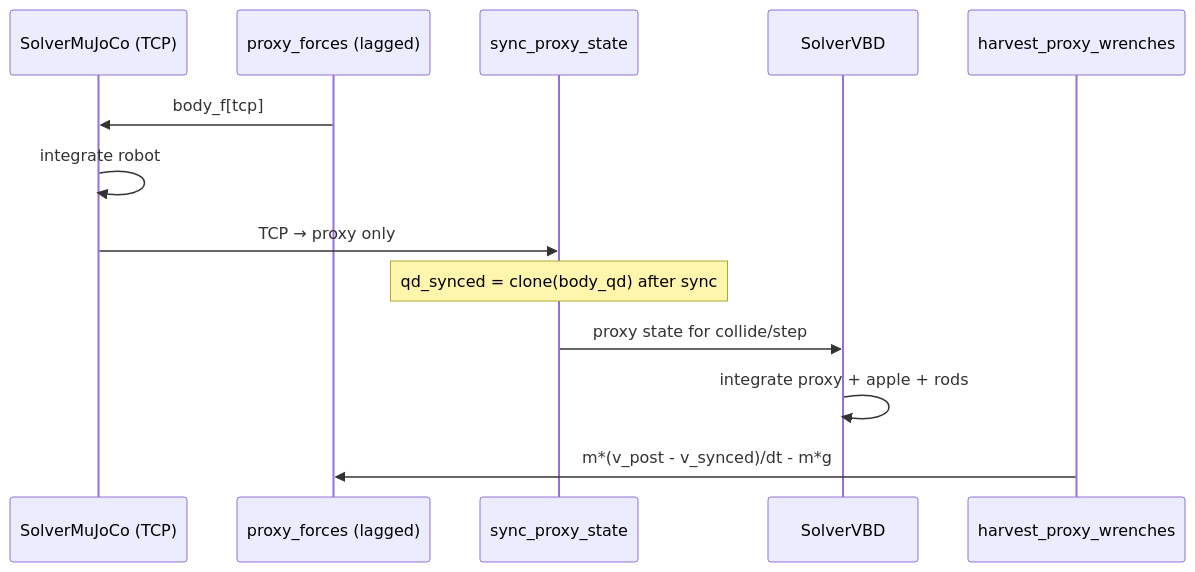
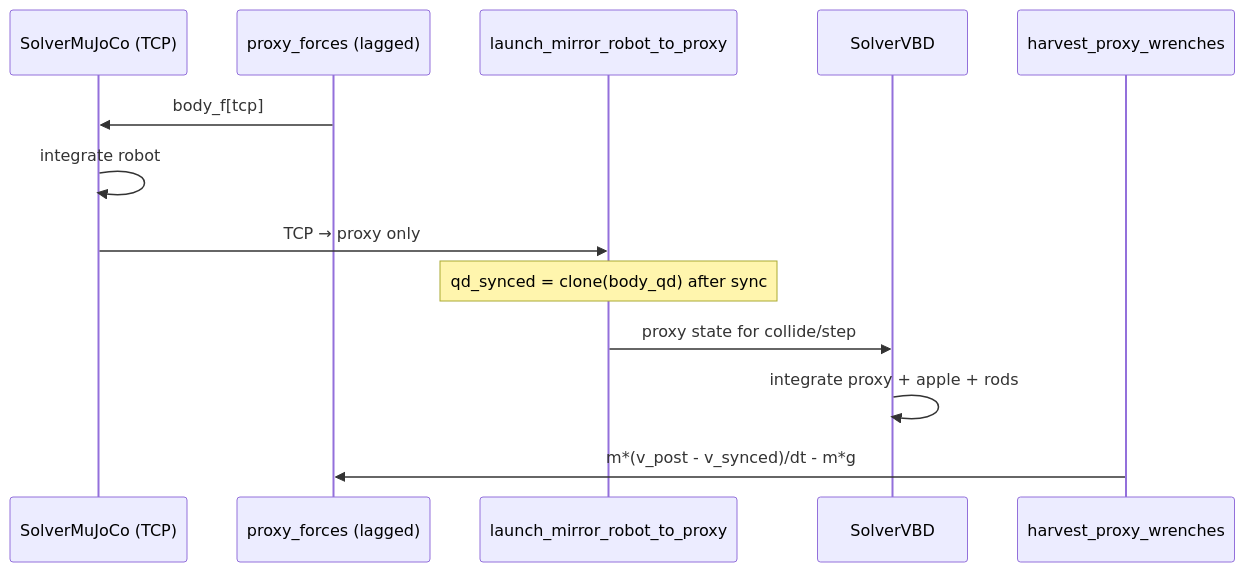
Before and after one commit to abhinavj98/apple_pick_sim: the second of 2 diagrams in docs/mujoco-vbd-coupling-architecture.md, drawn with Mermaid. The commit also changed other lines of this file and 57 other files, not shown here.

````diff
--- a/docs/mujoco-vbd-coupling-architecture.md
+++ b/docs/mujoco-vbd-coupling-architecture.md
@@ -200,16 +200,16 @@
 ```mermaid
 sequenceDiagram
     participant MJ as SolverMuJoCo (TCP)
     participant PF as proxy_forces (lagged)
-    participant Sync as sync_proxy_state
+    participant Sync as launch_mirror_robot_to_proxy
     participant VBD as SolverVBD
     participant Harv as harvest_proxy_wrenches
 
     PF->>MJ: body_f[tcp]
     MJ->>MJ: integrate robot
     MJ->>Sync: TCP → proxy only
     Note over Sync: qd_synced = clone(body_qd) after sync
     Sync->>VBD: proxy state for collide/step
     VBD->>VBD: integrate proxy + apple + rods
     Harv->>PF: m*(v_post - v_synced)/dt - m*g
 ```
````
